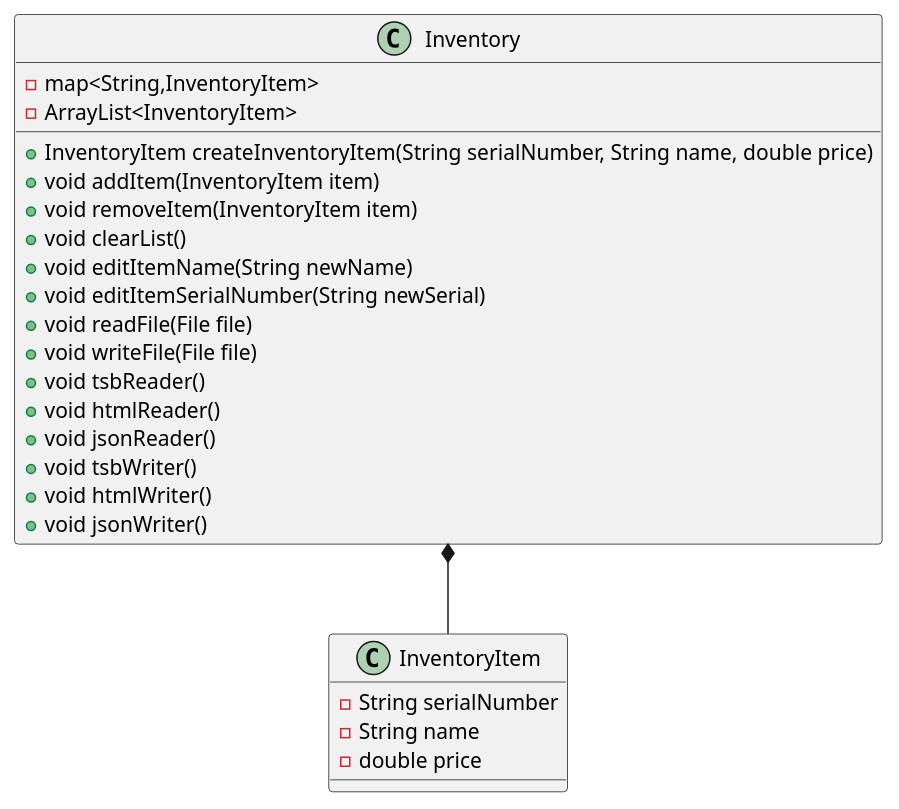
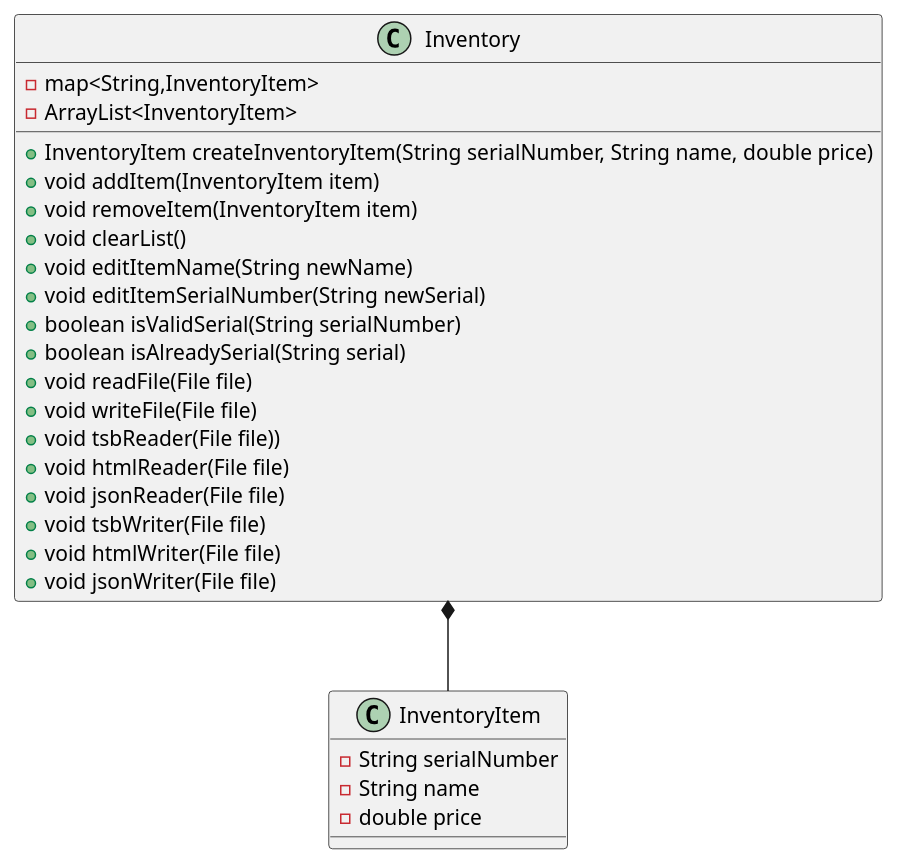
The diagram in docs/Inventory.puml (JSCaracal/sipos-app2), drawn with PlantUML before and after one commit. The commit also changed 5 other files, not shown here.

Commit message:
Final Touches, updates UML to match

```diff
--- a/docs/Inventory.puml
+++ b/docs/Inventory.puml
@@ -1,34 +1,36 @@
 @startuml
 'https://plantuml.com/class-diagram
 
 
 class Inventory {
     -map<String,InventoryItem>
     -ArrayList<InventoryItem>
 
     +InventoryItem createInventoryItem(String serialNumber, String name, double price)
     +void addItem(InventoryItem item)
     +void removeItem(InventoryItem item)
     +void clearList()
     +void editItemName(String newName)
     +void editItemSerialNumber(String newSerial)
+    +boolean isValidSerial(String serialNumber)
+    +boolean isAlreadySerial(String serial)
     +void readFile(File file)
     +void writeFile(File file)
-    +void tsbReader()
-    +void htmlReader()
-    +void jsonReader()
-    +void tsbWriter()
-    +void htmlWriter()
-    +void jsonWriter()
+    +void tsbReader(File file))
+    +void htmlReader(File file)
+    +void jsonReader(File file)
+    +void tsbWriter(File file)
+    +void htmlWriter(File file)
+    +void jsonWriter(File file)
 }
 
 class InventoryItem{
     -String serialNumber
     -String name
     -double price
 
 }
 
 Inventory*--InventoryItem
 
 @enduml
```
